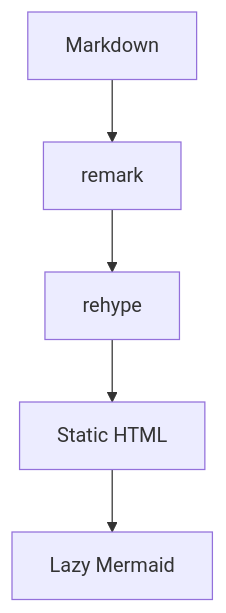
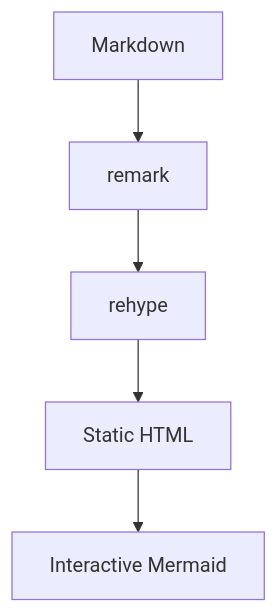
The diagram in src/content/docs/en/authoring/markdown.mdx (didntchooseaname/lisible-docs), drawn with Mermaid before and after one commit. The commit also changed other lines of this file and 18 other files, not shown here.

````diff
--- a/src/content/docs/en/authoring/markdown.mdx
+++ b/src/content/docs/en/authoring/markdown.mdx
@@ -59,7 +492,7 @@
 ```mermaid
 flowchart TD
   MD[Markdown] --> R[remark]
   R --> H[rehype]
   H --> HTML[Static HTML]
-  HTML --> M[Lazy Mermaid]
+  HTML --> M[Interactive Mermaid]
 ```
````
